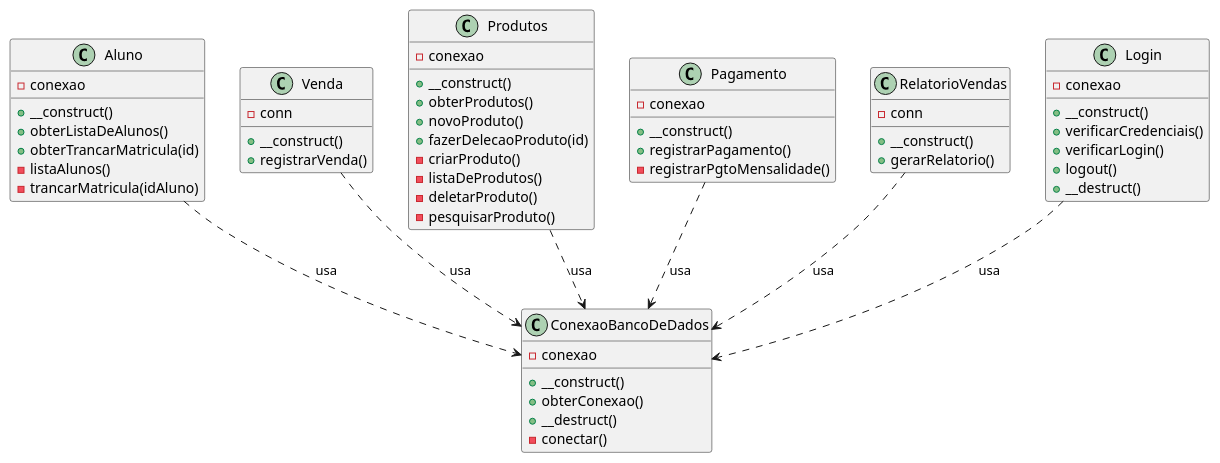
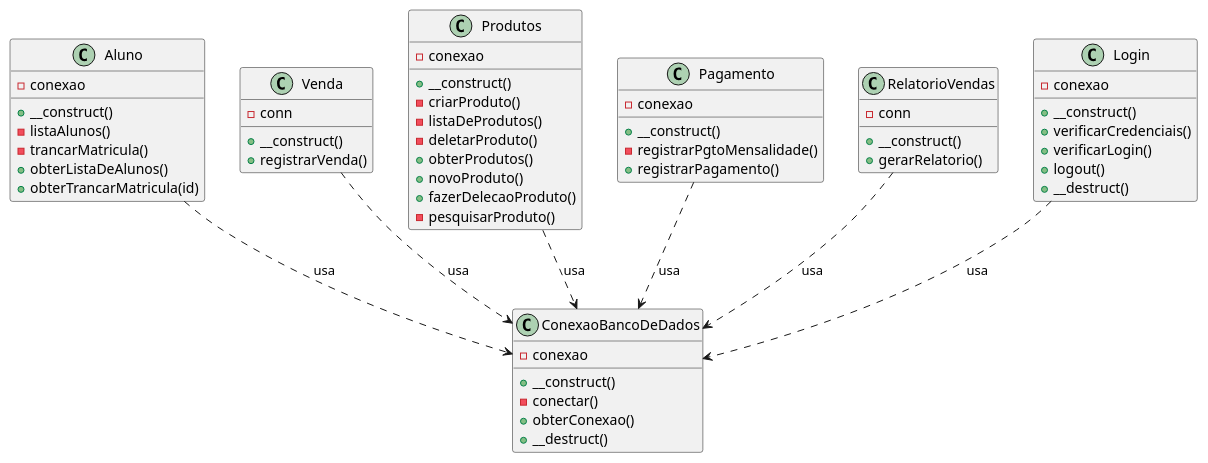
Before and after one commit to PI-2-semestre-DSM/app-acad: the diagram in Diagramas/Classe/Classe.puml, drawn with PlantUML.

```diff
--- a/Diagramas/Classe/Classe.puml
+++ b/Diagramas/Classe/Classe.puml
@@ -1,65 +1,65 @@
 @startuml
 class ConexaoBancoDeDados {
     - conexao
     + __construct()
+    - conectar()
     + obterConexao()
     + __destruct()
-    - conectar()
 }
 
 class Aluno {
     - conexao
     + __construct()
+    - listaAlunos()
+    - trancarMatricula()
     + obterListaDeAlunos()
     + obterTrancarMatricula(id)
-    - listaAlunos()
-    - trancarMatricula(idAluno)
 }
 
 class Venda {
     - conn
     + __construct()
     + registrarVenda()
 }
 
 class Produtos {
     - conexao
     + __construct()
-    + obterProdutos()
-    + novoProduto()
-    + fazerDelecaoProduto(id)
     - criarProduto()
     - listaDeProdutos()
     - deletarProduto()
+    + obterProdutos()
+    + novoProduto()
+    + fazerDelecaoProduto()
     - pesquisarProduto()
 }
 
 class Pagamento {
     - conexao
     + __construct()
+    - registrarPgtoMensalidade()
     + registrarPagamento()
-    - registrarPgtoMensalidade()
 }
 
 class RelatorioVendas {
     - conn
     + __construct()
     + gerarRelatorio()
 }
 
 class Login {
     - conexao
     + __construct()
     + verificarCredenciais()
     + verificarLogin()
     + logout()
     + __destruct()
 }
 
 Aluno ..> ConexaoBancoDeDados : usa
 Venda ..> ConexaoBancoDeDados : usa
 Produtos ..> ConexaoBancoDeDados : usa
 Pagamento ..> ConexaoBancoDeDados : usa
 RelatorioVendas ..> ConexaoBancoDeDados : usa
 Login ..> ConexaoBancoDeDados : usa
 @enduml
```
